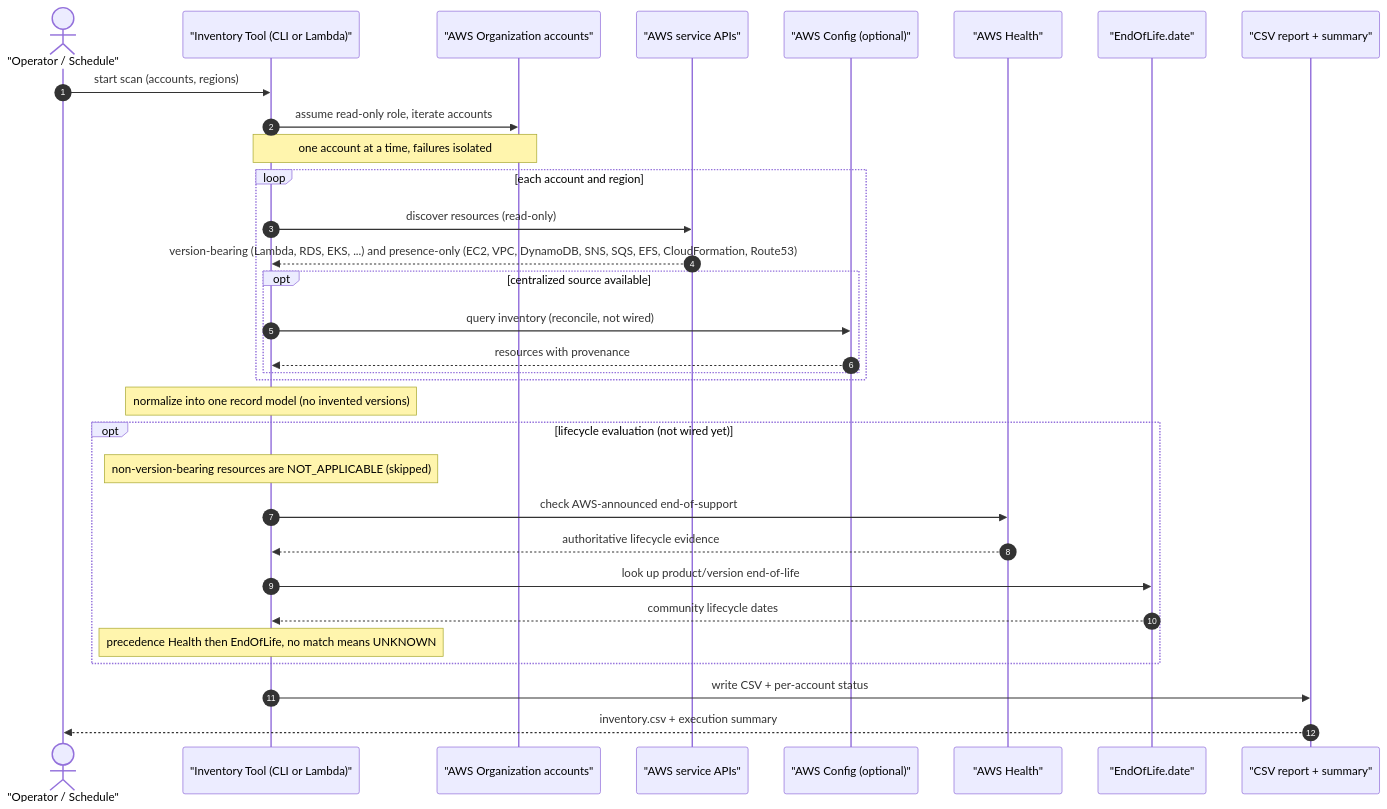
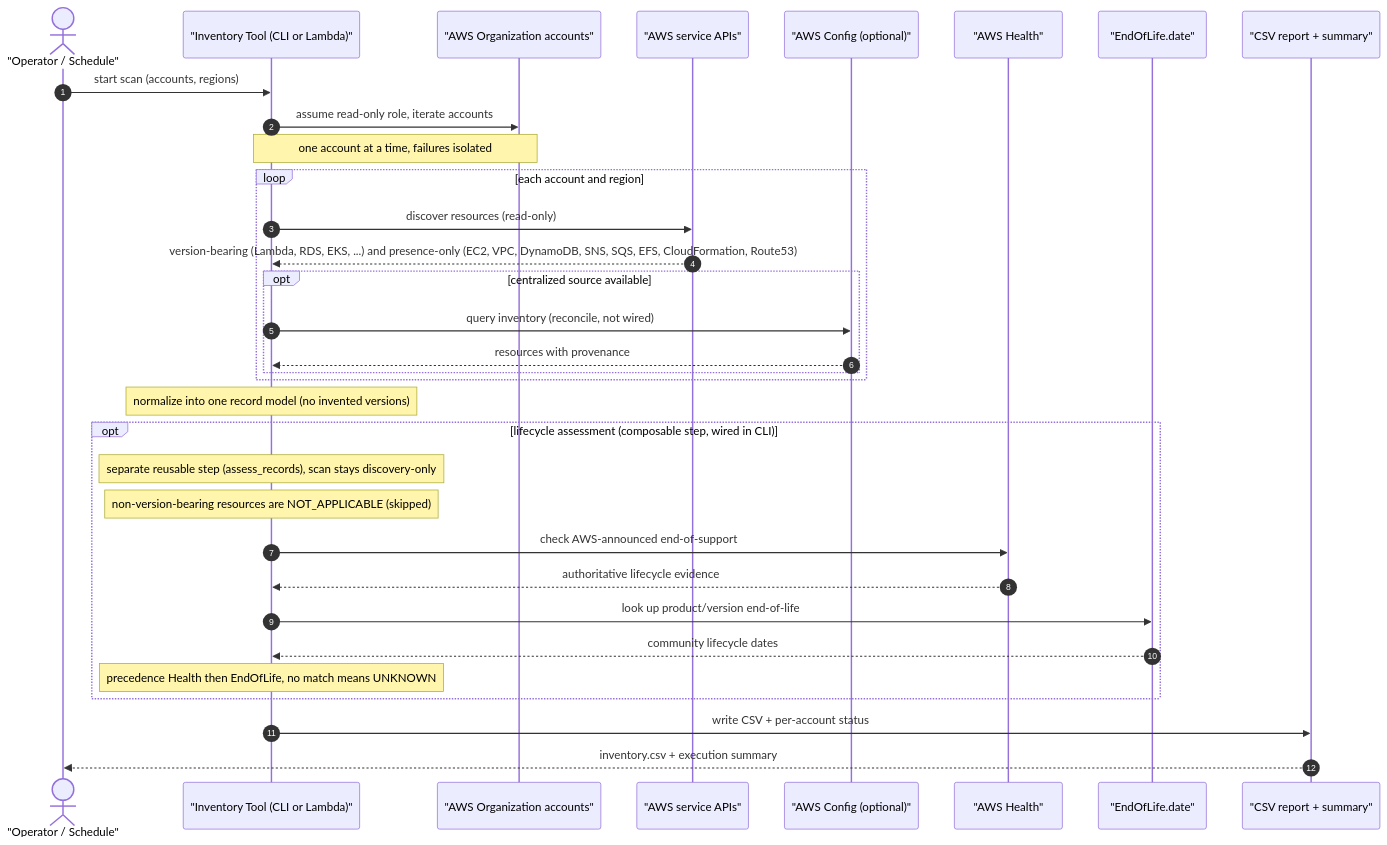
The diagram in docs/diagrams/execution-sequence.mmd (pazfernando/aws-inventory-poc), drawn with Mermaid before and after one commit. The commit also changed 20 other files, not shown here.

First line of the commit message:
refactor: reusable, flow-independent lifecycle assessment service

```diff
--- a/docs/diagrams/execution-sequence.mmd
+++ b/docs/diagrams/execution-sequence.mmd
@@ -1,38 +1,39 @@
 sequenceDiagram
     autonumber
     actor User as "Operator / Schedule"
     participant Tool as "Inventory Tool (CLI or Lambda)"
     participant Org as "AWS Organization accounts"
     participant AWS as "AWS service APIs"
     participant Config as "AWS Config (optional)"
     participant Health as "AWS Health"
     participant EOL as "EndOfLife.date"
     participant Report as "CSV report + summary"
 
     User->>Tool: start scan (accounts, regions)
 
     Tool->>Org: assume read-only role, iterate accounts
     Note over Tool,Org: one account at a time, failures isolated
 
     loop each account and region
         Tool->>AWS: discover resources (read-only)
         AWS-->>Tool: version-bearing (Lambda, RDS, EKS, ...) and presence-only (EC2, VPC, DynamoDB, SNS, SQS, EFS, CloudFormation, Route53)
         opt centralized source available
             Tool->>Config: query inventory (reconcile, not wired)
             Config-->>Tool: resources with provenance
         end
     end
 
     Note over Tool: normalize into one record model (no invented versions)
 
-    opt lifecycle evaluation (not wired yet)
+    opt lifecycle assessment (composable step, wired in CLI)
+        Note over Tool: separate reusable step (assess_records), scan stays discovery-only
         Note over Tool: non-version-bearing resources are NOT_APPLICABLE (skipped)
         Tool->>Health: check AWS-announced end-of-support
         Health-->>Tool: authoritative lifecycle evidence
         Tool->>EOL: look up product/version end-of-life
         EOL-->>Tool: community lifecycle dates
         Note over Tool: precedence Health then EndOfLife, no match means UNKNOWN
     end
 
     Tool->>Report: write CSV + per-account status
     Report-->>User: inventory.csv + execution summary
```
